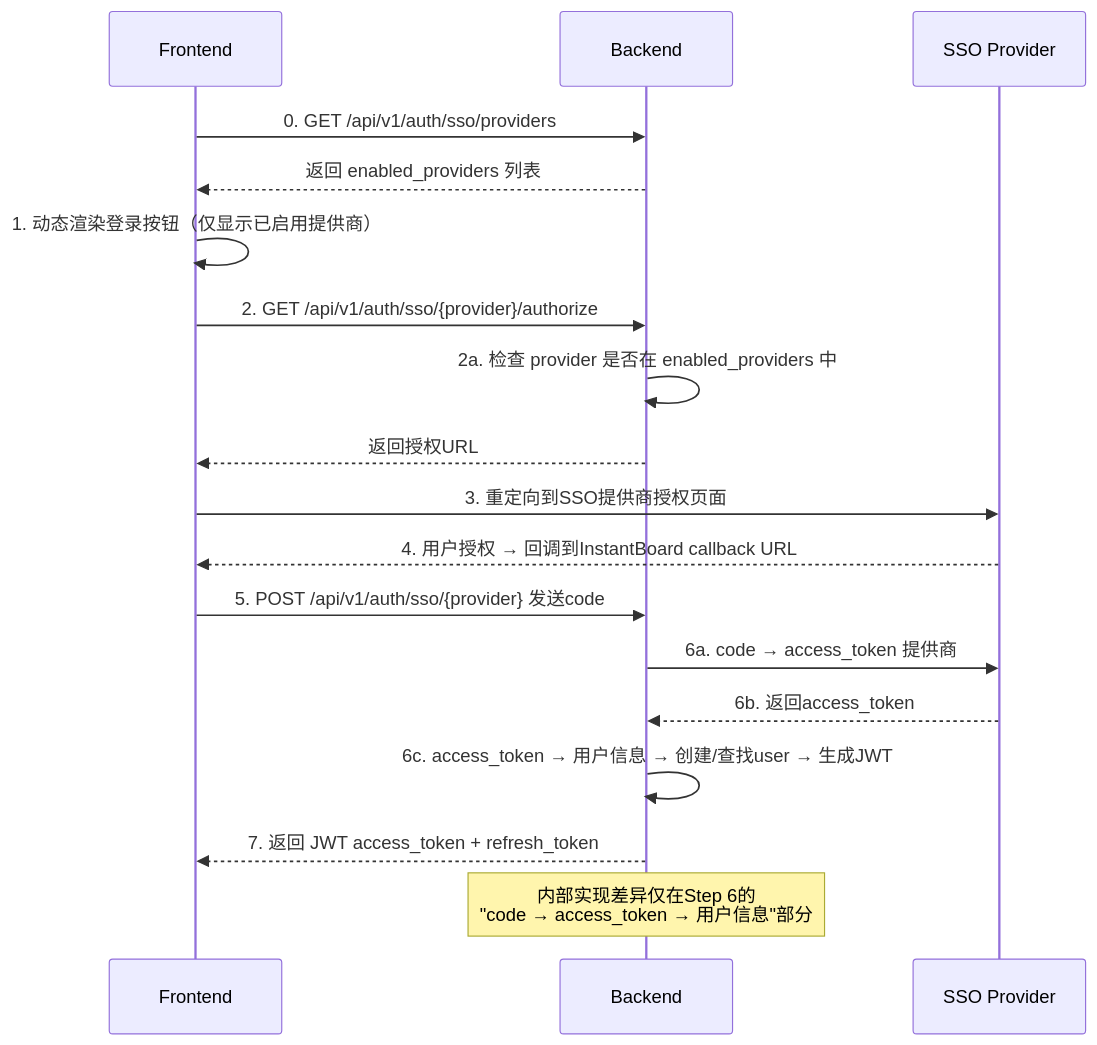
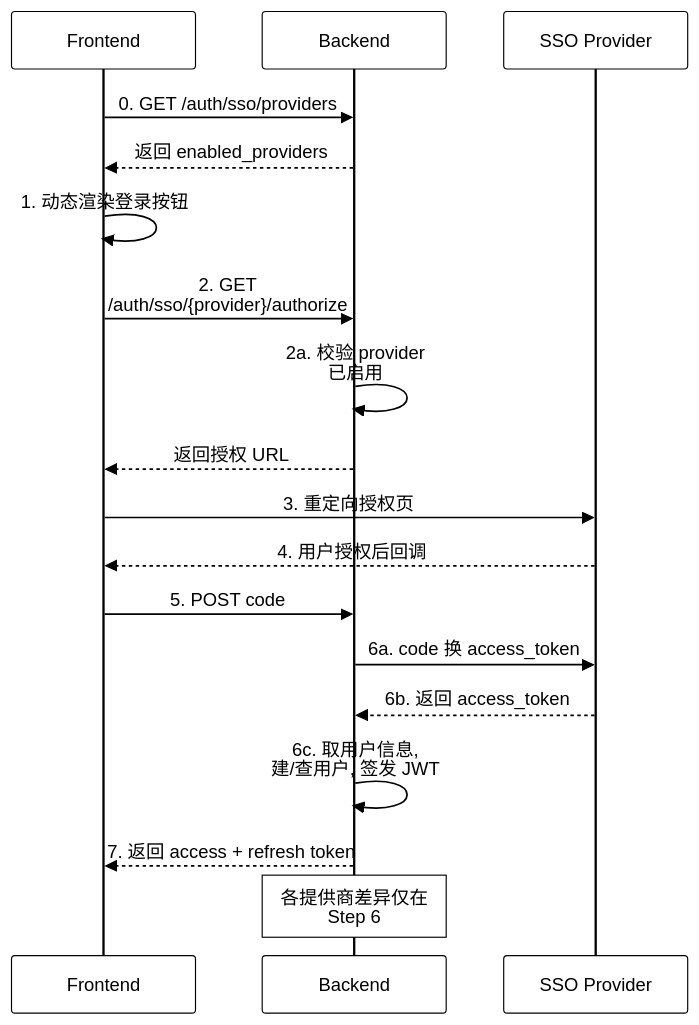
Before and after one commit to onceme/instantboard: the second of 3 diagrams in docs/design/security.md, drawn with Mermaid. The commit also changed other lines of this file and 11 other files, not shown here.

Commit message:
docs: unify mermaid diagrams to black-and-white orthogonal style

````diff
--- a/docs/design/security.md
+++ b/docs/design/security.md
@@ -188,22 +185,21 @@
 ```mermaid
+%%{init: {"theme": "base", "themeVariables": {"background": "#ffffff", "actorBkg": "#ffffff", "actorBorder": "#000000", "actorTextColor": "#000000", "actorLineColor": "#000000", "noteBkgColor": "#ffffff", "noteTextColor": "#000000", "noteBorderColor": "#000000", "activationBkgColor": "#ffffff", "activationBorderColor": "#000000", "signalColor": "#000000", "signalTextColor": "#000000", "labelBoxBkgColor": "#ffffff", "labelBoxBorderColor": "#000000", "labelTextColor": "#000000", "loopTextColor": "#000000", "altSectionBkgColor": "#ffffff", "sequenceNumberColor": "#000000", "fontSize": "14px"}, "sequence": {"mirrorActors": true, "actorMargin": 50, "width": 160, "height": 50, "messageMargin": 40, "noteMargin": 10, "boxMargin": 8, "wrap": true}}}%%
 sequenceDiagram
     participant FE as Frontend
     participant BE as Backend
     participant SSO as SSO Provider
-
-    FE->>BE: 0. GET /api/v1/auth/sso/providers
-    BE-->>FE: 返回 enabled_providers 列表
-    FE->>FE: 1. 动态渲染登录按钮（仅显示已启用提供商）
-    FE->>BE: 2. GET /api/v1/auth/sso/{provider}/authorize
-    BE->>BE: 2a. 检查 provider 是否在 enabled_providers 中
-    BE-->>FE: 返回授权URL
-    FE->>SSO: 3. 重定向到SSO提供商授权页面
-    SSO-->>FE: 4. 用户授权 → 回调到InstantBoard callback URL
-    FE->>BE: 5. POST /api/v1/auth/sso/{provider} 发送code
-    BE->>SSO: 6a. code → access_token 提供商
-    SSO-->>BE: 6b. 返回access_token
-    BE->>BE: 6c. access_token → 用户信息 → 创建/查找user → 生成JWT
-    BE-->>FE: 7. 返回 JWT access_token + refresh_token
-
-    Note over BE: 内部实现差异仅在Step 6的<br/>"code → access_token → 用户信息"部分
+    FE->>BE: 0. GET /auth/sso/providers
+    BE-->>FE: 返回 enabled_providers
+    FE->>FE: 1. 动态渲染登录按钮
+    FE->>BE: 2. GET /auth/sso/{provider}/authorize
+    BE->>BE: 2a. 校验 provider 已启用
+    BE-->>FE: 返回授权 URL
+    FE->>SSO: 3. 重定向授权页
+    SSO-->>FE: 4. 用户授权后回调
+    FE->>BE: 5. POST code
+    BE->>SSO: 6a. code 换 access_token
+    SSO-->>BE: 6b. 返回 access_token
+    BE->>BE: 6c. 取用户信息, 建/查用户, 签发 JWT
+    BE-->>FE: 7. 返回 access + refresh token
+    Note over BE: 各提供商差异仅在 Step 6
 ```
````
